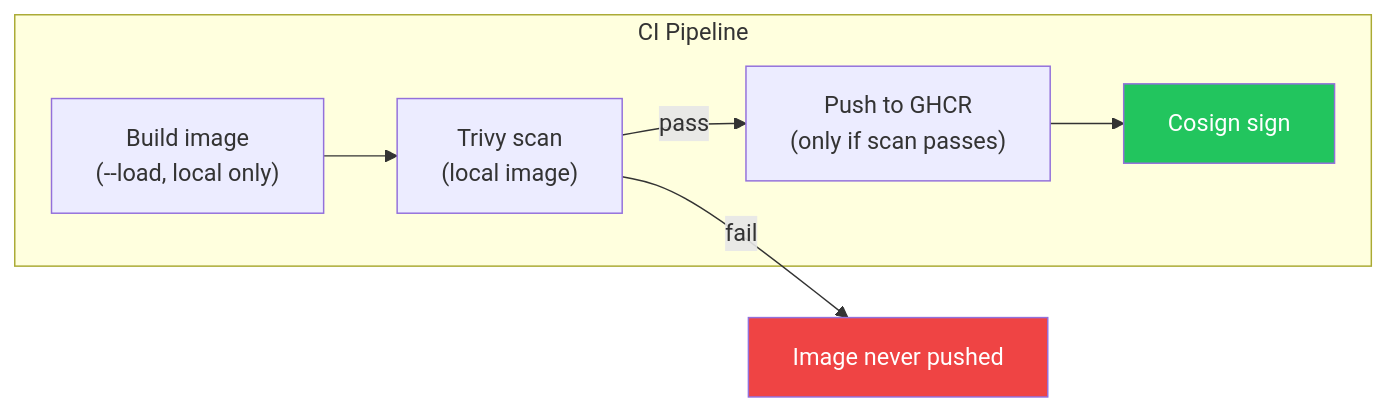
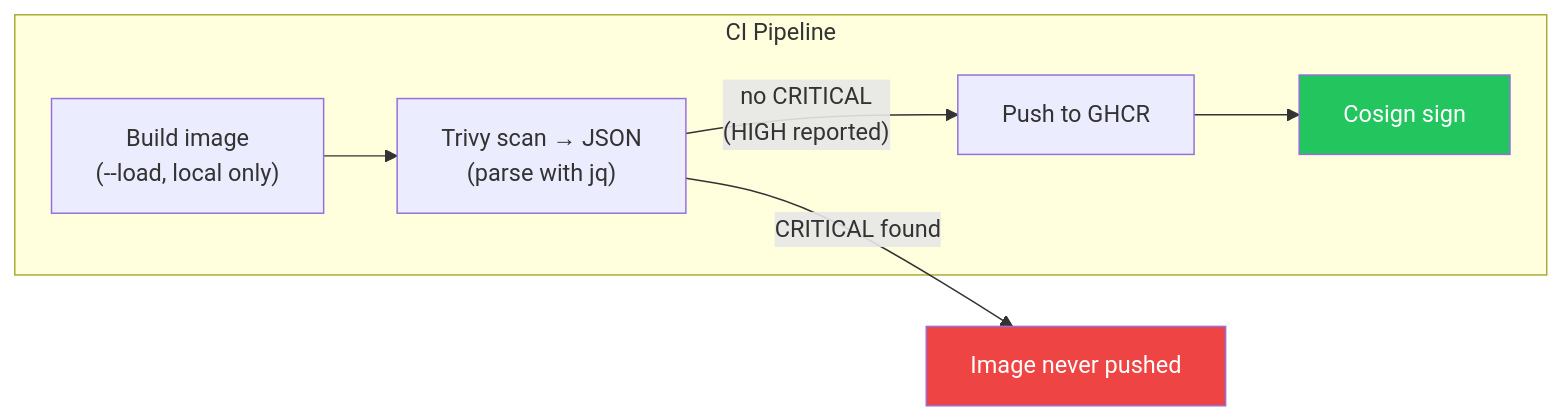
One commit to duynhlab/homelab changed the first of 12 diagrams in docs/platform/cicd.md. Above: the diagram before and after it, drawn with Mermaid. The commit also changed other lines of this file and 2 other files, not shown here.

Commit message:
docs: calibrated Trivy gate (block CRITICAL, report HIGH) (#345)
Document the new pre-push scan policy in cicd-standard.md §7 and cicd.md:
block only on CRITICAL, report HIGH/MEDIUM (scan-block-severity vs
scan-severity, --ignore-unfixed), time-boxed .trivyignore.yaml exceptions,
and a severity table + CVE list in the job summary. Add a base-image
determinism note (pin digest + Renovate + scheduled rebuild, or Copacetic,
instead of alpine:latest) + §15 follow-up. Mirrors the gha-workflows change.

````diff
--- a/docs/platform/cicd.md
+++ b/docs/platform/cicd.md
@@ -31,16 +31,16 @@
 ```mermaid
 flowchart LR
     subgraph ci["CI Pipeline"]
         BUILD["Build image<br/>(--load, local only)"]
-        SCAN["Trivy scan<br/>(local image)"]
-        PUSH["Push to GHCR<br/>(only if scan passes)"]
+        SCAN["Trivy scan → JSON<br/>(parse with jq)"]
+        PUSH["Push to GHCR"]
         SIGN["Cosign sign"]
     end
 
     BUILD --> SCAN
-    SCAN -->|"pass"| PUSH --> SIGN
-    SCAN -->|"fail"| STOP["Image never pushed"]
+    SCAN -->|"no CRITICAL<br/>(HIGH reported)"| PUSH --> SIGN
+    SCAN -->|"CRITICAL found"| STOP["Image never pushed"]
 
     style STOP fill:#ef4444,color:#fff
     style SIGN fill:#22c55e,color:#fff
 ```
````
